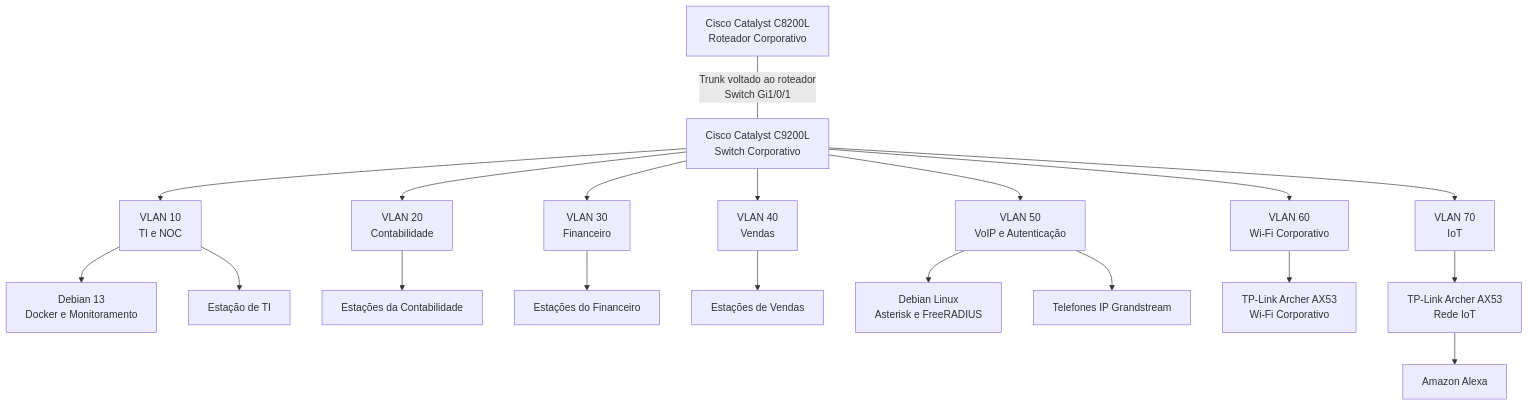
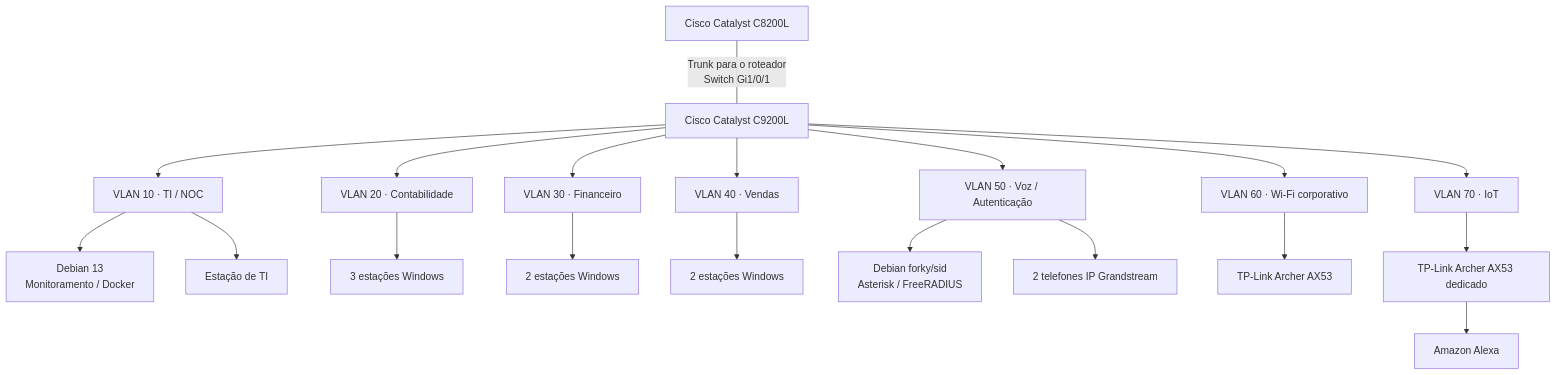
One commit to kayo-willian/enterprise-noc-from-scratch changed the diagram in docs/pt-BR/redes/topologia-logica-consolidada.md. Above: the diagram before and after it, drawn with Mermaid. The commit also changed other lines of this file and 15 other files, not shown here.

Commit message:
docs: consolidate network architecture and equipment records

````diff
--- a/docs/pt-BR/redes/topologia-logica-consolidada.md
+++ b/docs/pt-BR/redes/topologia-logica-consolidada.md
@@ -37,30 +11,23 @@
 ```mermaid
 flowchart TB
-    R["Cisco Catalyst C8200L<br/>Roteador Corporativo"]
-    SW["Cisco Catalyst C9200L<br/>Switch Corporativo"]
-
-    R ---|"Trunk voltado ao roteador<br/>Switch Gi1/0/1"| SW
-
-    SW --> V10["VLAN 10<br/>TI e NOC"]
-    SW --> V20["VLAN 20<br/>Contabilidade"]
-    SW --> V30["VLAN 30<br/>Financeiro"]
-    SW --> V40["VLAN 40<br/>Vendas"]
-    SW --> V50["VLAN 50<br/>VoIP e Autenticação"]
-    SW --> V60["VLAN 60<br/>Wi-Fi Corporativo"]
-    SW --> V70["VLAN 70<br/>IoT"]
-
-    V10 --> NOC["Debian 13<br/>Docker e Monitoramento"]
+    R["Cisco Catalyst C8200L"]
+    SW["Cisco Catalyst C9200L"]
+    R ---|"Trunk para o roteador<br/>Switch Gi1/0/1"| SW
+    SW --> V10["VLAN 10 · TI / NOC"]
+    SW --> V20["VLAN 20 · Contabilidade"]
+    SW --> V30["VLAN 30 · Financeiro"]
+    SW --> V40["VLAN 40 · Vendas"]
+    SW --> V50["VLAN 50 · Voz / Autenticação"]
+    SW --> V60["VLAN 60 · Wi-Fi corporativo"]
+    SW --> V70["VLAN 70 · IoT"]
+    V10 --> NOC["Debian 13<br/>Monitoramento / Docker"]
     V10 --> IT["Estação de TI"]
-
-    V20 --> ACC["Estações da Contabilidade"]
-    V30 --> FIN["Estações do Financeiro"]
-    V40 --> SALES["Estações de Vendas"]
-
-    V50 --> PBX["Debian Linux<br/>Asterisk e FreeRADIUS"]
-    V50 --> PHONES["Telefones IP Grandstream"]
-
-    V60 --> WIFI["TP-Link Archer AX53<br/>Wi-Fi Corporativo"]
-
-    V70 --> IOT["TP-Link Archer AX53<br/>Rede IoT"]
+    V20 --> ACC["3 estações Windows"]
+    V30 --> FIN["2 estações Windows"]
+    V40 --> SALES["2 estações Windows"]
+    V50 --> PBX["Debian forky/sid<br/>Asterisk / FreeRADIUS"]
+    V50 --> PHONES["2 telefones IP Grandstream"]
+    V60 --> WIFI["TP-Link Archer AX53"]
+    V70 --> IOT["TP-Link Archer AX53 dedicado"]
     IOT --> ALEXA["Amazon Alexa"]
 ```
````
